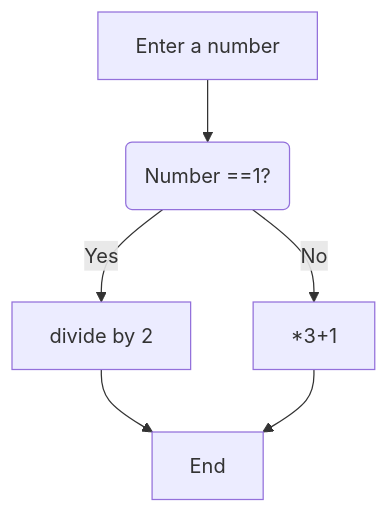
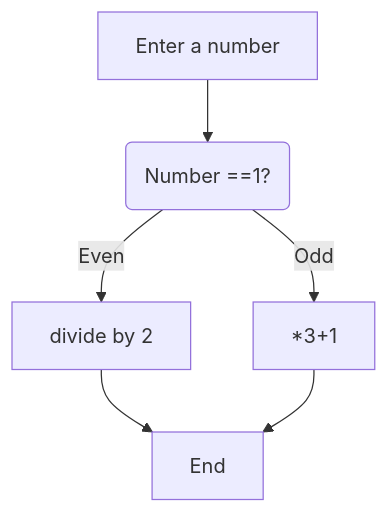
Before and after one commit to PeeBs68/mywork: the second of 2 diagrams in README.md, drawn with Mermaid.

Commit message:
Playing with mermaid for readme

````diff
--- a/README.md
+++ b/README.md
@@ -27,8 +27,8 @@
 ```mermaid
-graph TD;
+flowchart TD;
     A[Enter a number] --> B(Number ==1?);
-    B -- Yes --> C[divide by 2];
-    B -- No --> D[*3+1];
+    B -- Even --> C[divide by 2];
+    B -- Odd --> D[*3+1];
     C-->E[End];
     D-->E[End];
 ```
````
